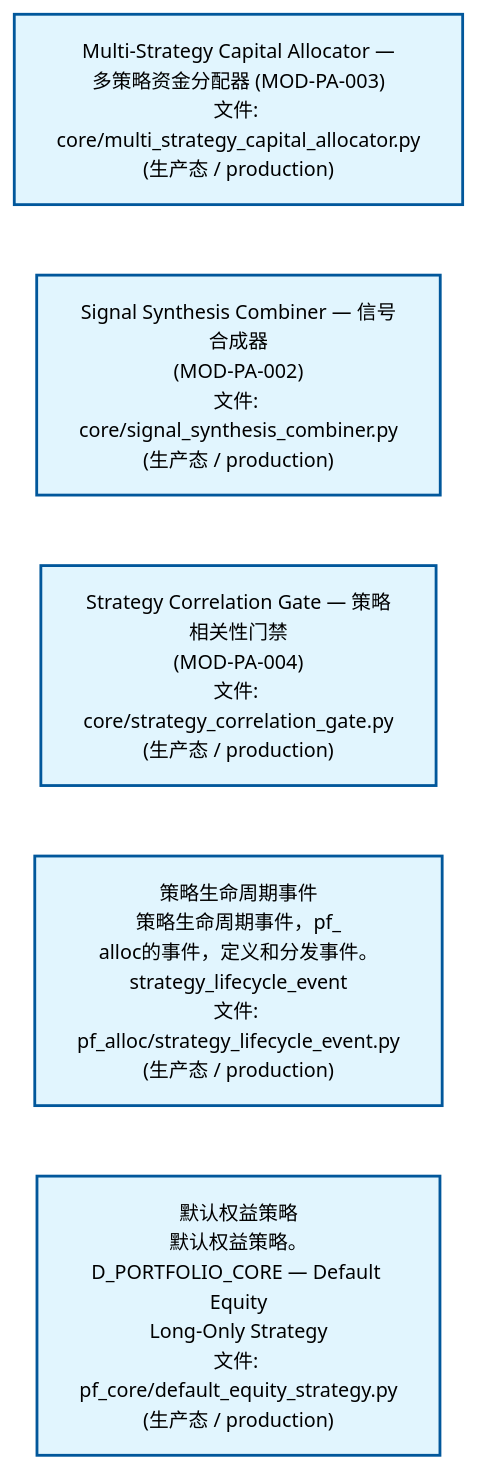
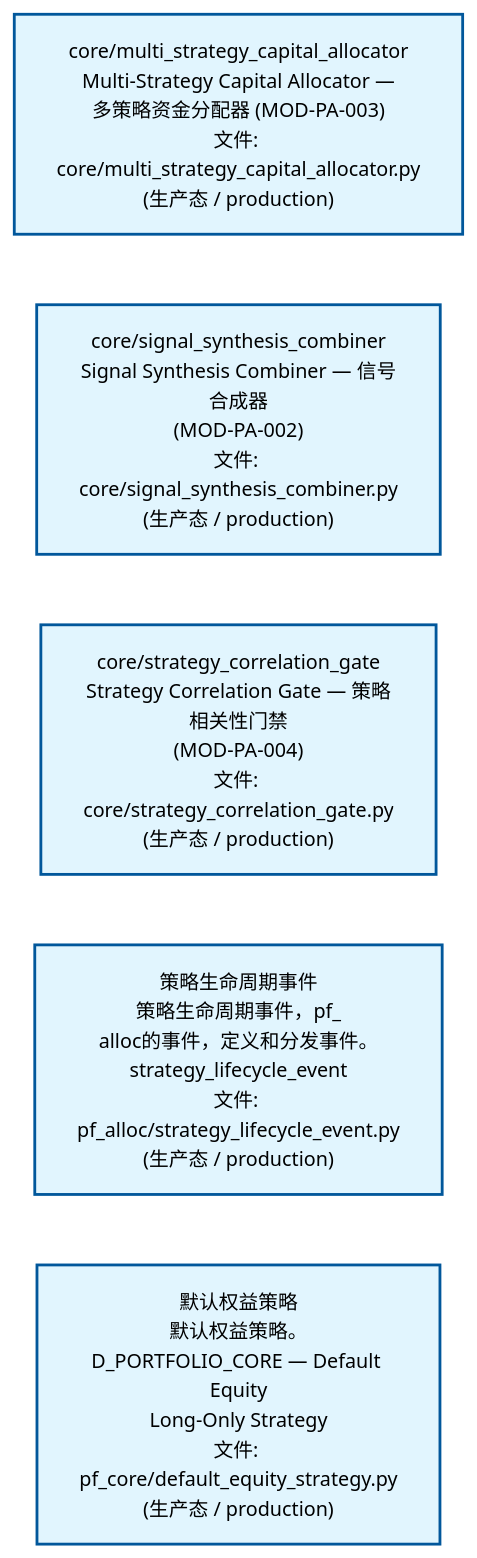
Before and after one commit to xuanFelixVan/ZephyrAlpha: the second of 4 diagrams in docs/02_enterprise_architecture/02_domain_architecture_docs/62_d_pf_alloc.md, drawn with Mermaid. The commit also changed other lines of this file and 61 other files, not shown here.

````diff
--- a/docs/02_enterprise_architecture/02_domain_architecture_docs/62_d_pf_alloc.md
+++ b/docs/02_enterprise_architecture/02_domain_architecture_docs/62_d_pf_alloc.md
@@ -99,18 +99,18 @@
 ```mermaid
 %%{init: {'theme': 'base', 'themeVariables': {'primaryColor': '#eaeaea', 'primaryTextColor': '#333333', 'primaryBorderColor': '#666666', 'lineColor': '#666666', 'secondaryColor': '#eaeaea', 'tertiaryColor': '#eaeaea', 'fontSize': '14px'}}}%%
 flowchart TD
-    src_zephyr_pf_alloc_core_multi_strategy_capital_allocator_py["Multi-Strategy Capital Allocator —<br/>多策略资金分配器 (MOD-PA-003)<br/>文件: core/multi_strategy_capital_allocator.py<br/>(生产态 / production)"]
-    src_zephyr_pf_alloc_core_signal_synthesis_combiner_py["Signal Synthesis Combiner — 信号合成器<br/>(MOD-PA-002)<br/>文件: core/signal_synthesis_combiner.py<br/>(生产态 / production)"]
-    src_zephyr_pf_alloc_core_strategy_correlation_gate_py["Strategy Correlation Gate — 策略相关性门禁<br/>(MOD-PA-004)<br/>文件: core/strategy_correlation_gate.py<br/>(生产态 / production)"]
+    src_zephyr_pf_alloc_core_multi_strategy_capital_allocator_py["core/multi_strategy_capital_allocator<br/>Multi-Strategy Capital Allocator —<br/>多策略资金分配器 (MOD-PA-003)<br/>文件: core/multi_strategy_capital_allocator.py<br/>(生产态 / production)"]
+    src_zephyr_pf_alloc_core_signal_synthesis_combiner_py["core/signal_synthesis_combiner<br/>Signal Synthesis Combiner — 信号合成器<br/>(MOD-PA-002)<br/>文件: core/signal_synthesis_combiner.py<br/>(生产态 / production)"]
+    src_zephyr_pf_alloc_core_strategy_correlation_gate_py["core/strategy_correlation_gate<br/>Strategy Correlation Gate — 策略相关性门禁<br/>(MOD-PA-004)<br/>文件: core/strategy_correlation_gate.py<br/>(生产态 / production)"]
     src_zephyr_pf_alloc_strategy_lifecycle_event_py["策略生命周期事件<br/>策略生命周期事件，pf_<br/>alloc的事件，定义和分发事件。<br/>strategy_lifecycle_event<br/>文件: pf_alloc/strategy_lifecycle_event.py<br/>(生产态 / production)"]
     src_zephyr_pf_core_default_equity_strategy_py["默认权益策略<br/>默认权益策略。D_PORTFOLIO_CORE — Default Equity<br/>Long-Only Strategy<br/>文件: pf_core/default_equity_strategy.py<br/>(生产态 / production)"]
     src_zephyr_pf_alloc_core_multi_strategy_capital_allocator_py ~~~ src_zephyr_pf_alloc_core_signal_synthesis_combiner_py
     src_zephyr_pf_alloc_core_signal_synthesis_combiner_py ~~~ src_zephyr_pf_alloc_core_strategy_correlation_gate_py
     src_zephyr_pf_alloc_core_strategy_correlation_gate_py ~~~ src_zephyr_pf_alloc_strategy_lifecycle_event_py
     src_zephyr_pf_alloc_strategy_lifecycle_event_py ~~~ src_zephyr_pf_core_default_equity_strategy_py
     classDef production fill:#e1f5fe,stroke:#01579b,stroke-width:2px,color:#000
     classDef design fill:#fff3e0,stroke:#e65100,stroke-width:2px,color:#000,stroke-dasharray: 5 5
     classDef external_prod fill:#e8f4fd,stroke:#0277bd,stroke-width:1px,color:#000
     classDef external_design fill:#fff8e7,stroke:#ef6c00,stroke-width:1px,color:#000,stroke-dasharray: 5 5
     class src_zephyr_pf_alloc_core_multi_strategy_capital_allocator_py,src_zephyr_pf_alloc_core_signal_synthesis_combiner_py,src_zephyr_pf_alloc_core_strategy_correlation_gate_py,src_zephyr_pf_alloc_strategy_lifecycle_event_py,src_zephyr_pf_core_default_equity_strategy_py production
 ```
````
